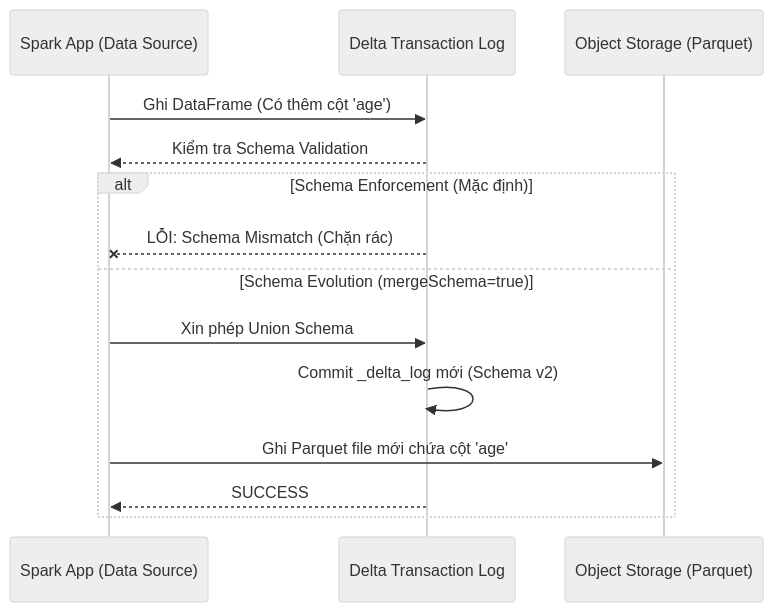
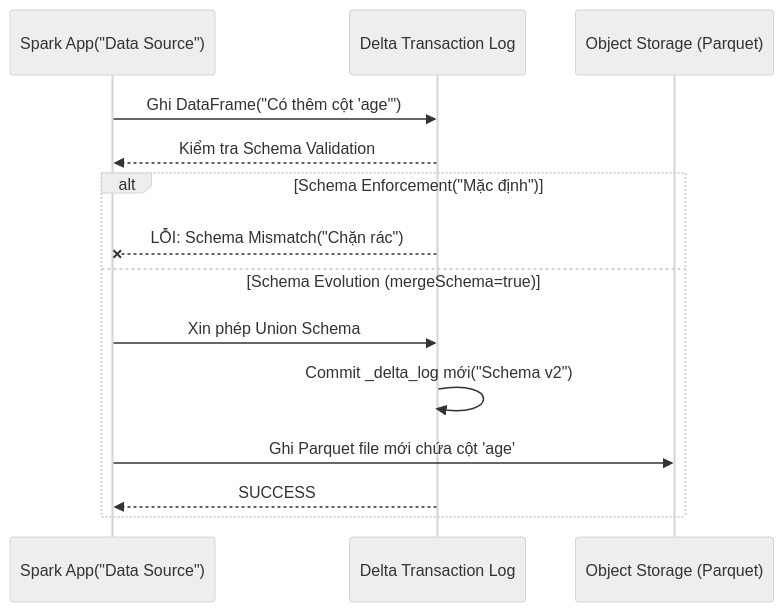
Before and after one commit to kythuatdulieu/kythuatdulieu.github.io: the second of 2 diagrams in src/content/docs/concepts/3-storage-engines-formats/schema-evolution.md, drawn with Mermaid (neutral theme). The commit also changed other lines of this file and 190 other files, not shown here.

Commit message:
fix: resolve mermaid syntax, math rendering, and metadata issues from content rewrite

````diff
--- a/src/content/docs/concepts/3-storage-engines-formats/schema-evolution.md
+++ b/src/content/docs/concepts/3-storage-engines-formats/schema-evolution.md
@@ -72,17 +72,17 @@
 ```mermaid
 sequenceDiagram
-    participant Source as Spark App (Data Source)
+    participant Source as Spark App("Data Source")
     participant Delta as Delta Transaction Log
     participant Storage as Object Storage (Parquet)
 
-    Source->>Delta: Ghi DataFrame (Có thêm cột 'age')
+    Source->>Delta: Ghi DataFrame("Có thêm cột 'age'")
     Delta-->>Source: Kiểm tra Schema Validation
-    alt Schema Enforcement (Mặc định)
-        Delta--xSource: LỖI: Schema Mismatch (Chặn rác)
+    alt Schema Enforcement("Mặc định")
+        Delta--xSource: LỖI: Schema Mismatch("Chặn rác")
     else Schema Evolution (mergeSchema=true)
         Source->>Delta: Xin phép Union Schema
-        Delta->>Delta: Commit _delta_log mới (Schema v2)
+        Delta->>Delta: Commit _delta_log mới("Schema v2")
         Source->>Storage: Ghi Parquet file mới chứa cột 'age'
         Delta-->>Source: SUCCESS
     end
 ```
````
